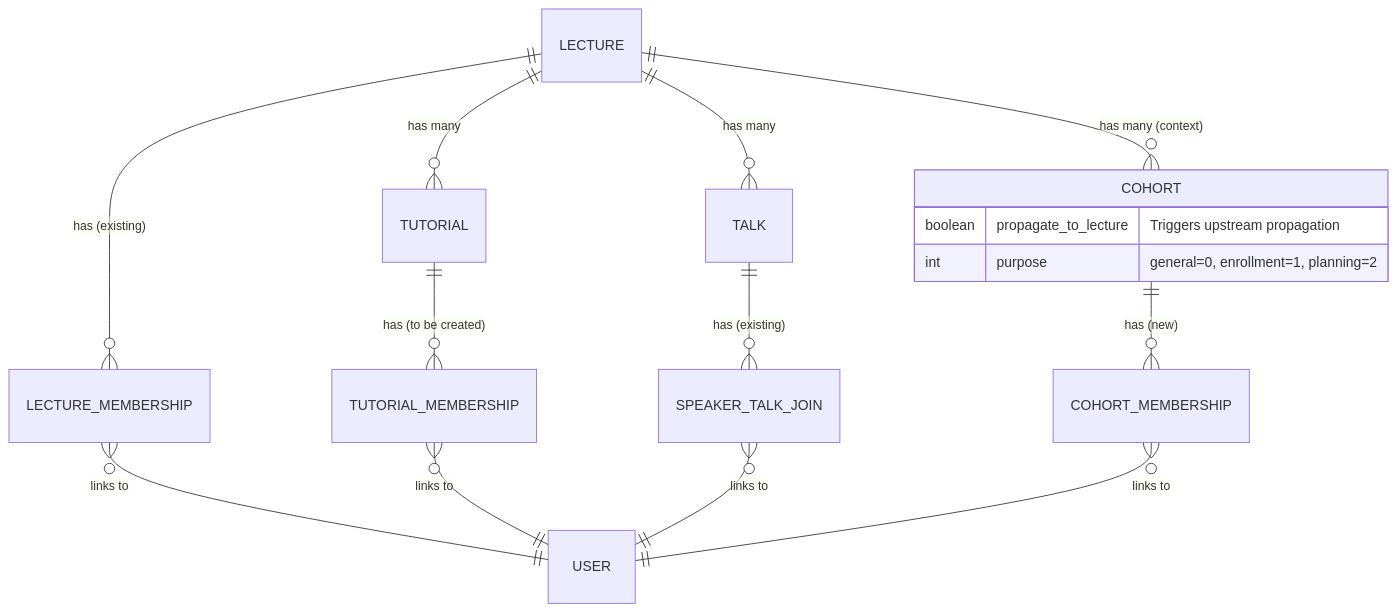
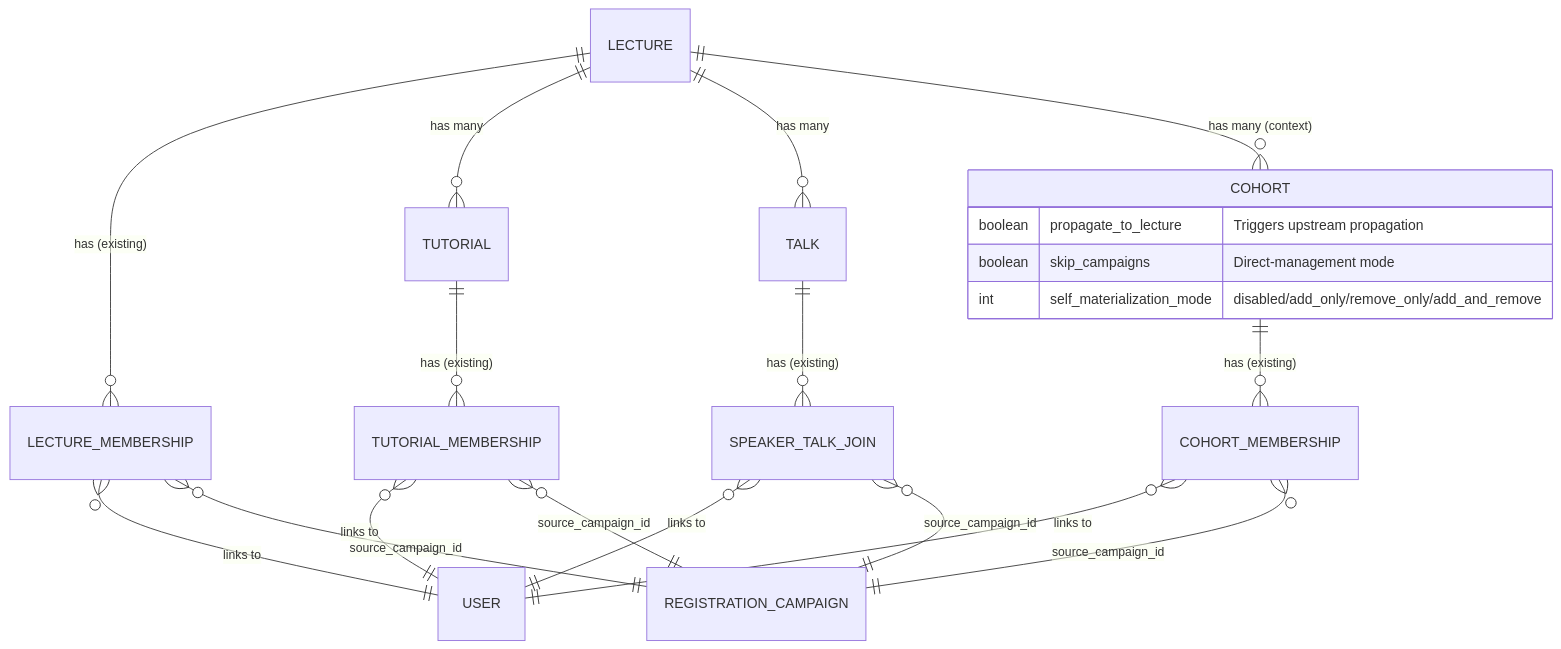
One commit to MaMpf-HD/mampf changed the first of 2 diagrams in architecture/src/features/03-rosters.md. Above: the diagram before and after it, drawn with Mermaid. The commit also changed other lines of this file and 1 other file, not shown here.

First line of the commit message:
Architecture book: Update docs to reflect actual code (#1097)

````diff
--- a/architecture/src/features/03-rosters.md
+++ b/architecture/src/features/03-rosters.md
@@ -588,21 +476,26 @@
 ```mermaid
 erDiagram
     LECTURE ||--o{ LECTURE_MEMBERSHIP : "has (existing)"
     LECTURE_MEMBERSHIP }o--|| USER : "links to"
 
     LECTURE ||--o{ TUTORIAL : "has many"
-    TUTORIAL ||--o{ TUTORIAL_MEMBERSHIP : "has (to be created)"
+    TUTORIAL ||--o{ TUTORIAL_MEMBERSHIP : "has (existing)"
     TUTORIAL_MEMBERSHIP }o--|| USER : "links to"
+    TUTORIAL_MEMBERSHIP }o--|| REGISTRATION_CAMPAIGN : "source_campaign_id"
 
     LECTURE ||--o{ TALK : "has many"
     TALK ||--o{ SPEAKER_TALK_JOIN : "has (existing)"
     SPEAKER_TALK_JOIN }o--|| USER : "links to"
+    SPEAKER_TALK_JOIN }o--|| REGISTRATION_CAMPAIGN : "source_campaign_id"
 
     LECTURE ||--o{ COHORT : "has many (context)"
-    COHORT ||--o{ COHORT_MEMBERSHIP : "has (new)"
+    COHORT ||--o{ COHORT_MEMBERSHIP : "has (existing)"
     COHORT_MEMBERSHIP }o--|| USER : "links to"
+    COHORT_MEMBERSHIP }o--|| REGISTRATION_CAMPAIGN : "source_campaign_id"
     COHORT {
         boolean propagate_to_lecture "Triggers upstream propagation"
-        int purpose "general=0, enrollment=1, planning=2"
+      boolean skip_campaigns "Direct-management mode"
+      int self_materialization_mode "disabled/add_only/remove_only/add_and_remove"
     }
+    LECTURE_MEMBERSHIP }o--|| REGISTRATION_CAMPAIGN : "source_campaign_id"
 ```
````
